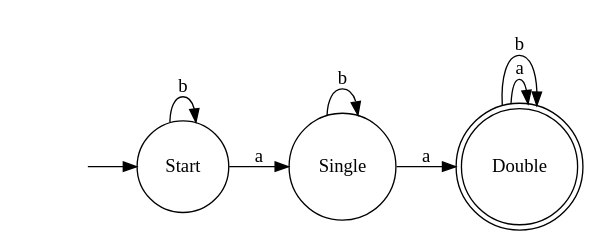
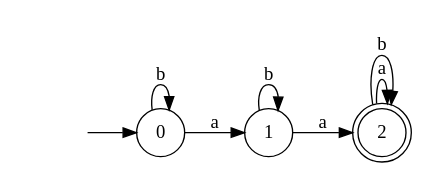
The diagram in assignments/a1/graphs/2-l1.dot (Hoverbear/CSC-320), drawn with Graphviz before and after one commit. The commit also changed 5 other files, not shown here.

Commit message:
more graphs, corrections

```diff
--- a/assignments/a1/graphs/2-l1.dot
+++ b/assignments/a1/graphs/2-l1.dot
@@ -1,19 +1,19 @@
 digraph finite_state_machine {
 	rankdir = LR;
 	/*size = "4,6"*/
 	/*ppi = 300*/
 	node [ shape = none ] "";
-	node [ shape = doublecircle ]; "Double";
+	node [ shape = doublecircle ]; "2";
 	node [ shape = circle ];
 
-	"" -> "Start"
+	"" -> "0"
 
-	"Start" -> "Single"  [ label = "a" ]
-	"Start" -> "Start"   [ label = "b" ]
+	"0" -> "1"  [ label = "a" ]
+	"0" -> "0"   [ label = "b" ]
 
-	"Single" -> "Double"   [ label = "a" ]
-	"Single" -> "Single"   [ label = "b" ]
+	"1" -> "2"   [ label = "a" ]
+	"1" -> "1"   [ label = "b" ]
 
-	"Double" -> "Double" [ label = "a"]
-	"Double" -> "Double" [ label = "b"]
+	"2" -> "2" [ label = "a"]
+	"2" -> "2" [ label = "b"]
 }
```
